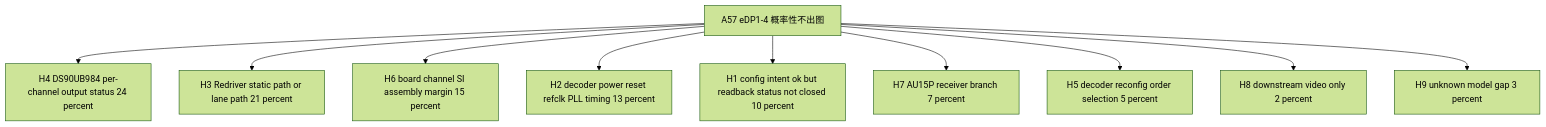
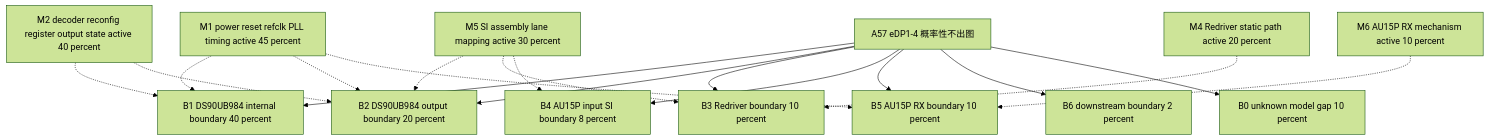
Before and after one commit to joyhpc/DebugTool: the second of 3 diagrams in pilot_runs/a57_edp/latest-architecture-first.md, drawn with Mermaid (forest theme). The commit also changed other lines of this file and 15 other files, not shown here.

Commit message:
Separate boundary and mechanism probabilities

````diff
--- a/pilot_runs/a57_edp/latest-architecture-first.md
+++ b/pilot_runs/a57_edp/latest-architecture-first.md
@@ -146,13 +189,21 @@
 ```mermaid
 flowchart TD
   H0[A57 eDP1-4 概率性不出图]
-  H0 --> H4[H4 DS90UB984 per-channel output status 24 percent]
-  H0 --> H3[H3 Redriver static path or lane path 21 percent]
-  H0 --> H6[H6 board channel SI assembly margin 15 percent]
-  H0 --> H2[H2 decoder power reset refclk PLL timing 13 percent]
-  H0 --> H1[H1 config intent ok but readback status not closed 10 percent]
-  H0 --> H7[H7 AU15P receiver branch 7 percent]
-  H0 --> H5[H5 decoder reconfig order selection 5 percent]
-  H0 --> H8[H8 downstream video only 2 percent]
-  H0 --> H9[H9 unknown model gap 3 percent]
+  H0 --> B1[B1 DS90UB984 internal boundary 40 percent]
+  H0 --> B2[B2 DS90UB984 output boundary 20 percent]
+  H0 --> B3[B3 Redriver boundary 10 percent]
+  H0 --> B4[B4 AU15P input SI boundary 8 percent]
+  H0 --> B5[B5 AU15P RX boundary 10 percent]
+  H0 --> B6[B6 downstream boundary 2 percent]
+  H0 --> B0[B0 unknown model gap 10 percent]
+  M1[M1 power reset refclk PLL timing active 45 percent] -.-> B1
+  M1 -.-> B2
+  M1 -.-> B5
+  M2[M2 decoder reconfig register output state active 40 percent] -.-> B1
+  M2 -.-> B2
+  M5[M5 SI assembly lane mapping active 30 percent] -.-> B2
+  M5 -.-> B3
+  M5 -.-> B4
+  M4[M4 Redriver static path active 20 percent] -.-> B3
+  M6[M6 AU15P RX mechanism active 10 percent] -.-> B5
 ```
````
